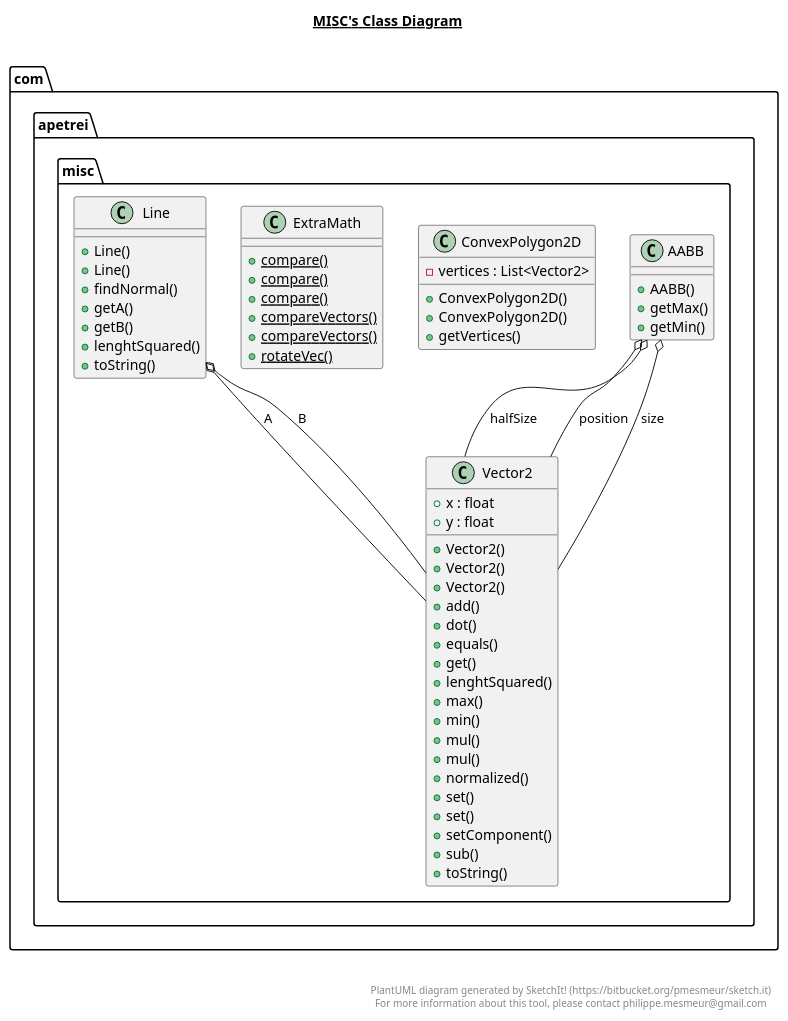
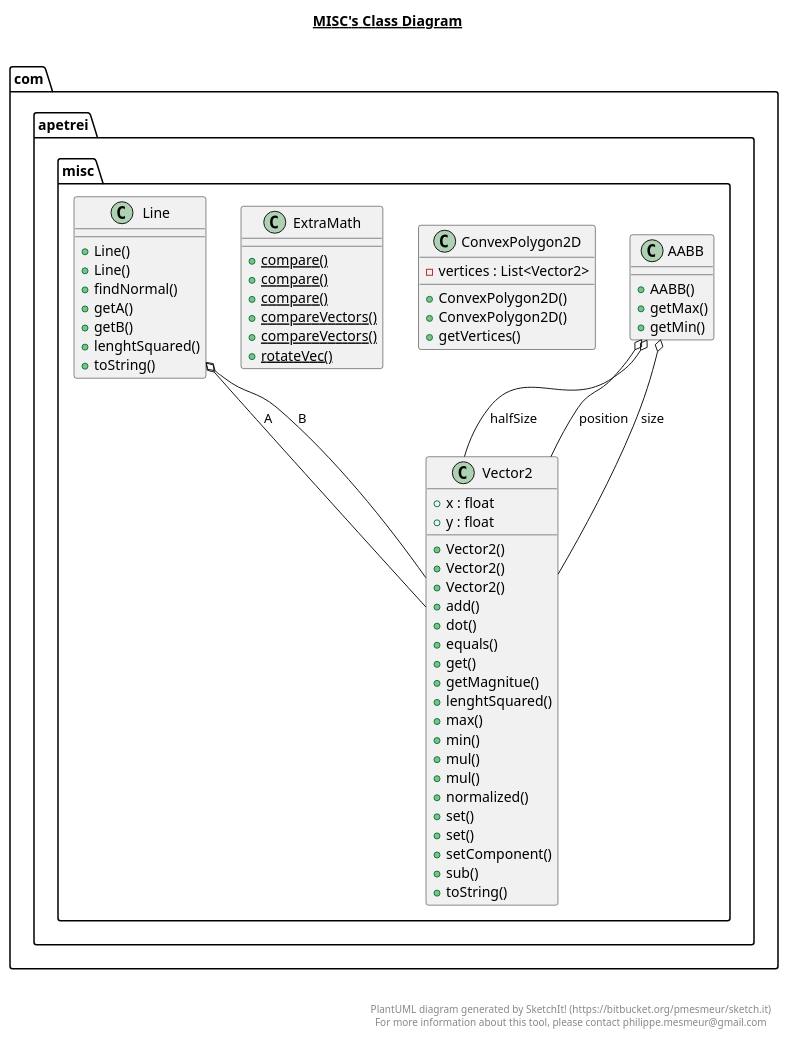
Before and after one commit to TheWiseWolfy/Wild-Sky: the diagram in src/com/apetrei/misc/misc.plantuml, drawn with PlantUML. The commit also changed 38 other files, not shown here.

```diff
--- a/src/com/apetrei/misc/misc.plantuml
+++ b/src/com/apetrei/misc/misc.plantuml
@@ -1,89 +1,90 @@
 @startuml
 
 title __MISC's Class Diagram__\n
 
   namespace com.apetrei.misc {
     class com.apetrei.misc.AABB {
         + AABB()
         + getMax()
         + getMin()
     }
   }
   
 
   namespace com.apetrei.misc {
     class com.apetrei.misc.ConvexPolygon2D {
         - vertices : List<Vector2>
         + ConvexPolygon2D()
         + ConvexPolygon2D()
         + getVertices()
     }
   }
   
 
   namespace com.apetrei.misc {
     class com.apetrei.misc.ExtraMath {
         {static} + compare()
         {static} + compare()
         {static} + compare()
         {static} + compareVectors()
         {static} + compareVectors()
         {static} + rotateVec()
     }
   }
   
 
   namespace com.apetrei.misc {
     class com.apetrei.misc.Line {
         + Line()
         + Line()
         + findNormal()
         + getA()
         + getB()
         + lenghtSquared()
         + toString()
     }
   }
   
 
   namespace com.apetrei.misc {
     class com.apetrei.misc.Vector2 {
         + x : float
         + y : float
         + Vector2()
         + Vector2()
         + Vector2()
         + add()
         + dot()
         + equals()
         + get()
+        + getMagnitue()
         + lenghtSquared()
         + max()
         + min()
         + mul()
         + mul()
         + normalized()
         + set()
         + set()
         + setComponent()
         + sub()
         + toString()
     }
   }
   
 
   com.apetrei.misc.AABB o-- com.apetrei.misc.Vector2 : halfSize
   com.apetrei.misc.AABB o-- com.apetrei.misc.Vector2 : position
   com.apetrei.misc.AABB o-- com.apetrei.misc.Vector2 : size
   com.apetrei.misc.Line o-- com.apetrei.misc.Vector2 : A
   com.apetrei.misc.Line o-- com.apetrei.misc.Vector2 : B
 
 
 right footer
 
 
 PlantUML diagram generated by SketchIt! (https://bitbucket.org/pmesmeur/sketch.it)
 For more information about this tool, please contact philippe.mesmeur@gmail.com
 endfooter
 
 @enduml
```
